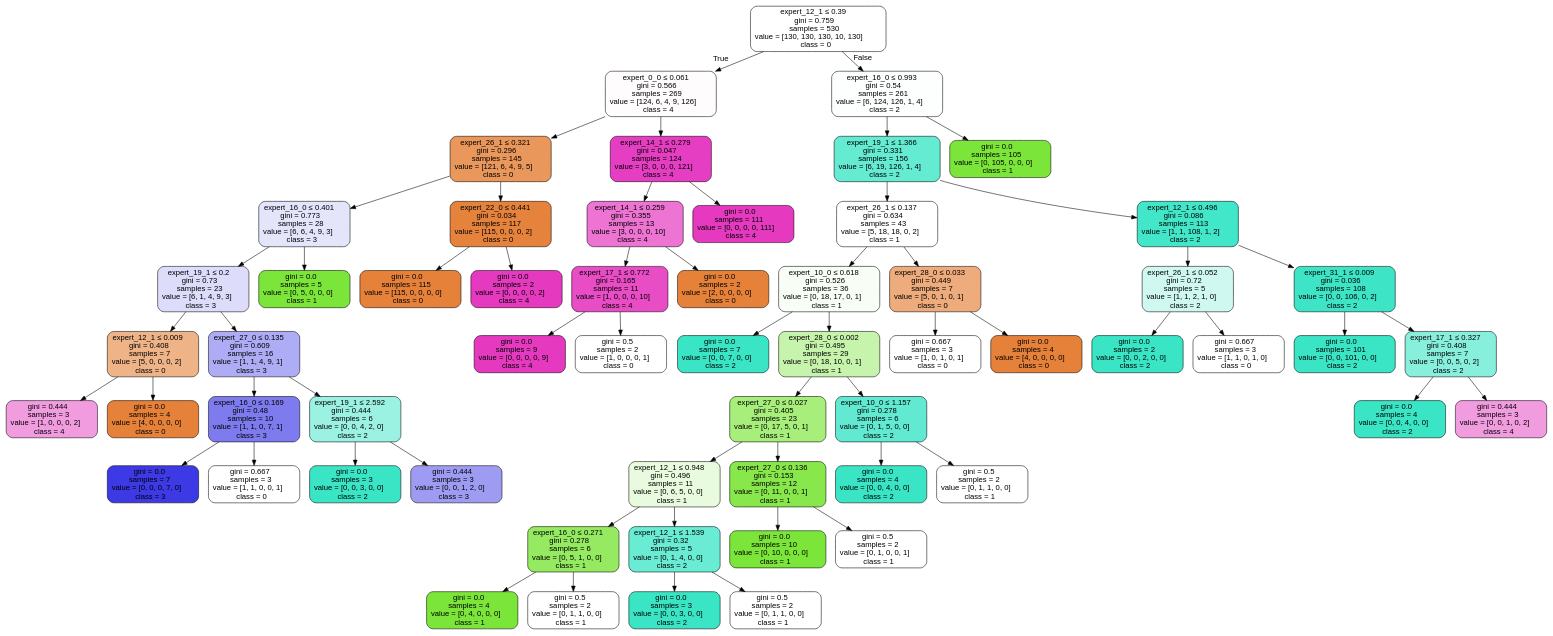
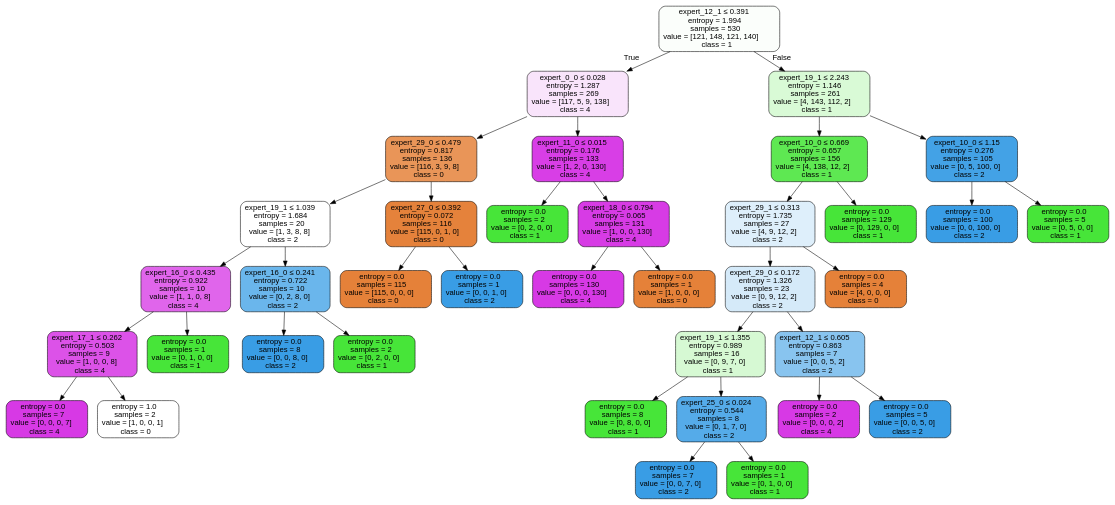
The diagram in result/suit/trees/tree.dot (Lingfeng555/CardsRecognition), drawn with Graphviz before and after one commit. The commit also changed 29 other files, not shown here.

```diff
--- a/result/suit/trees/tree.dot
+++ b/result/suit/trees/tree.dot
@@ -1,121 +1,77 @@
 digraph Tree {
 node [shape=box, style="filled, rounded", color="black", fontname="helvetica"] ;
 edge [fontname="helvetica"] ;
-0 [label=<expert_12_1 &le; 0.39<br/>gini = 0.759<br/>samples = 530<br/>value = [130, 130, 130, 10, 130]<br/>class = 0>, fillcolor="#ffffff"] ;
-1 [label=<expert_0_0 &le; 0.061<br/>gini = 0.566<br/>samples = 269<br/>value = [124, 6, 4, 9, 126]<br/>class = 4>, fillcolor="#fffcfe"] ;
+0 [label=<expert_12_1 &le; 0.391<br/>entropy = 1.994<br/>samples = 530<br/>value = [121, 148, 121, 140]<br/>class = 1>, fillcolor="#fbfefb"] ;
+1 [label=<expert_0_0 &le; 0.028<br/>entropy = 1.287<br/>samples = 269<br/>value = [117, 5, 9, 138]<br/>class = 4>, fillcolor="#f9e4fb"] ;
 0 -> 1 [labeldistance=2.5, labelangle=45, headlabel="True"] ;
-2 [label=<expert_26_1 &le; 0.321<br/>gini = 0.296<br/>samples = 145<br/>value = [121, 6, 4, 9, 5]<br/>class = 0>, fillcolor="#ea975c"] ;
+2 [label=<expert_29_0 &le; 0.479<br/>entropy = 0.817<br/>samples = 136<br/>value = [116, 3, 9, 8]<br/>class = 0>, fillcolor="#e99558"] ;
 1 -> 2 ;
-3 [label=<expert_16_0 &le; 0.401<br/>gini = 0.773<br/>samples = 28<br/>value = [6, 6, 4, 9, 3]<br/>class = 3>, fillcolor="#e4e4fb"] ;
+3 [label=<expert_19_1 &le; 1.039<br/>entropy = 1.684<br/>samples = 20<br/>value = [1, 3, 8, 8]<br/>class = 2>, fillcolor="#ffffff"] ;
 2 -> 3 ;
-4 [label=<expert_19_1 &le; 0.2<br/>gini = 0.73<br/>samples = 23<br/>value = [6, 1, 4, 9, 3]<br/>class = 3>, fillcolor="#dddcfa"] ;
+4 [label=<expert_16_0 &le; 0.435<br/>entropy = 0.922<br/>samples = 10<br/>value = [1, 1, 0, 8]<br/>class = 4>, fillcolor="#e065eb"] ;
 3 -> 4 ;
-5 [label=<expert_12_1 &le; 0.009<br/>gini = 0.408<br/>samples = 7<br/>value = [5, 0, 0, 0, 2]<br/>class = 0>, fillcolor="#efb388"] ;
+5 [label=<expert_17_1 &le; 0.262<br/>entropy = 0.503<br/>samples = 9<br/>value = [1, 0, 0, 8]<br/>class = 4>, fillcolor="#dc52e8"] ;
 4 -> 5 ;
-6 [label=<gini = 0.444<br/>samples = 3<br/>value = [1, 0, 0, 0, 2]<br/>class = 4>, fillcolor="#f29ce0"] ;
+6 [label=<entropy = 0.0<br/>samples = 7<br/>value = [0, 0, 0, 7]<br/>class = 4>, fillcolor="#d739e5"] ;
 5 -> 6 ;
-7 [label=<gini = 0.0<br/>samples = 4<br/>value = [4, 0, 0, 0, 0]<br/>class = 0>, fillcolor="#e58139"] ;
+7 [label=<entropy = 1.0<br/>samples = 2<br/>value = [1, 0, 0, 1]<br/>class = 0>, fillcolor="#ffffff"] ;
 5 -> 7 ;
-8 [label=<expert_27_0 &le; 0.135<br/>gini = 0.609<br/>samples = 16<br/>value = [1, 1, 4, 9, 1]<br/>class = 3>, fillcolor="#aeacf4"] ;
+8 [label=<entropy = 0.0<br/>samples = 1<br/>value = [0, 1, 0, 0]<br/>class = 1>, fillcolor="#47e539"] ;
 4 -> 8 ;
-9 [label=<expert_16_0 &le; 0.169<br/>gini = 0.48<br/>samples = 10<br/>value = [1, 1, 0, 7, 1]<br/>class = 3>, fillcolor="#7d7bee"] ;
-8 -> 9 ;
-10 [label=<gini = 0.0<br/>samples = 7<br/>value = [0, 0, 0, 7, 0]<br/>class = 3>, fillcolor="#3c39e5"] ;
+9 [label=<expert_16_0 &le; 0.241<br/>entropy = 0.722<br/>samples = 10<br/>value = [0, 2, 8, 0]<br/>class = 2>, fillcolor="#6ab6ec"] ;
+3 -> 9 ;
+10 [label=<entropy = 0.0<br/>samples = 8<br/>value = [0, 0, 8, 0]<br/>class = 2>, fillcolor="#399de5"] ;
 9 -> 10 ;
-11 [label=<gini = 0.667<br/>samples = 3<br/>value = [1, 1, 0, 0, 1]<br/>class = 0>, fillcolor="#ffffff"] ;
+11 [label=<entropy = 0.0<br/>samples = 2<br/>value = [0, 2, 0, 0]<br/>class = 1>, fillcolor="#47e539"] ;
 9 -> 11 ;
-12 [label=<expert_19_1 &le; 2.592<br/>gini = 0.444<br/>samples = 6<br/>value = [0, 0, 4, 2, 0]<br/>class = 2>, fillcolor="#9cf2e2"] ;
-8 -> 12 ;
-13 [label=<gini = 0.0<br/>samples = 3<br/>value = [0, 0, 3, 0, 0]<br/>class = 2>, fillcolor="#39e5c5"] ;
+12 [label=<expert_27_0 &le; 0.392<br/>entropy = 0.072<br/>samples = 116<br/>value = [115, 0, 1, 0]<br/>class = 0>, fillcolor="#e5823b"] ;
+2 -> 12 ;
+13 [label=<entropy = 0.0<br/>samples = 115<br/>value = [115, 0, 0, 0]<br/>class = 0>, fillcolor="#e58139"] ;
 12 -> 13 ;
-14 [label=<gini = 0.444<br/>samples = 3<br/>value = [0, 0, 1, 2, 0]<br/>class = 3>, fillcolor="#9e9cf2"] ;
+14 [label=<entropy = 0.0<br/>samples = 1<br/>value = [0, 0, 1, 0]<br/>class = 2>, fillcolor="#399de5"] ;
 12 -> 14 ;
-15 [label=<gini = 0.0<br/>samples = 5<br/>value = [0, 5, 0, 0, 0]<br/>class = 1>, fillcolor="#7be539"] ;
-3 -> 15 ;
-16 [label=<expert_22_0 &le; 0.441<br/>gini = 0.034<br/>samples = 117<br/>value = [115, 0, 0, 0, 2]<br/>class = 0>, fillcolor="#e5833c"] ;
-2 -> 16 ;
-17 [label=<gini = 0.0<br/>samples = 115<br/>value = [115, 0, 0, 0, 0]<br/>class = 0>, fillcolor="#e58139"] ;
-16 -> 17 ;
-18 [label=<gini = 0.0<br/>samples = 2<br/>value = [0, 0, 0, 0, 2]<br/>class = 4>, fillcolor="#e539c0"] ;
-16 -> 18 ;
-19 [label=<expert_14_1 &le; 0.279<br/>gini = 0.047<br/>samples = 124<br/>value = [3, 0, 0, 0, 121]<br/>class = 4>, fillcolor="#e63ec2"] ;
-1 -> 19 ;
-20 [label=<expert_14_1 &le; 0.259<br/>gini = 0.355<br/>samples = 13<br/>value = [3, 0, 0, 0, 10]<br/>class = 4>, fillcolor="#ed74d3"] ;
-19 -> 20 ;
-21 [label=<expert_17_1 &le; 0.772<br/>gini = 0.165<br/>samples = 11<br/>value = [1, 0, 0, 0, 10]<br/>class = 4>, fillcolor="#e84dc6"] ;
+15 [label=<expert_11_0 &le; 0.015<br/>entropy = 0.176<br/>samples = 133<br/>value = [1, 2, 0, 130]<br/>class = 4>, fillcolor="#d83ee6"] ;
+1 -> 15 ;
+16 [label=<entropy = 0.0<br/>samples = 2<br/>value = [0, 2, 0, 0]<br/>class = 1>, fillcolor="#47e539"] ;
+15 -> 16 ;
+17 [label=<expert_18_0 &le; 0.794<br/>entropy = 0.065<br/>samples = 131<br/>value = [1, 0, 0, 130]<br/>class = 4>, fillcolor="#d73be5"] ;
+15 -> 17 ;
+18 [label=<entropy = 0.0<br/>samples = 130<br/>value = [0, 0, 0, 130]<br/>class = 4>, fillcolor="#d739e5"] ;
+17 -> 18 ;
+19 [label=<entropy = 0.0<br/>samples = 1<br/>value = [1, 0, 0, 0]<br/>class = 0>, fillcolor="#e58139"] ;
+17 -> 19 ;
+20 [label=<expert_19_1 &le; 2.243<br/>entropy = 1.146<br/>samples = 261<br/>value = [4, 143, 112, 2]<br/>class = 1>, fillcolor="#d9fad6"] ;
+0 -> 20 [labeldistance=2.5, labelangle=-45, headlabel="False"] ;
+21 [label=<expert_10_0 &le; 0.669<br/>entropy = 0.657<br/>samples = 156<br/>value = [4, 138, 12, 2]<br/>class = 1>, fillcolor="#5ee852"] ;
 20 -> 21 ;
-22 [label=<gini = 0.0<br/>samples = 9<br/>value = [0, 0, 0, 0, 9]<br/>class = 4>, fillcolor="#e539c0"] ;
+22 [label=<expert_29_1 &le; 0.313<br/>entropy = 1.735<br/>samples = 27<br/>value = [4, 9, 12, 2]<br/>class = 2>, fillcolor="#deeffb"] ;
 21 -> 22 ;
-23 [label=<gini = 0.5<br/>samples = 2<br/>value = [1, 0, 0, 0, 1]<br/>class = 0>, fillcolor="#ffffff"] ;
-21 -> 23 ;
-24 [label=<gini = 0.0<br/>samples = 2<br/>value = [2, 0, 0, 0, 0]<br/>class = 0>, fillcolor="#e58139"] ;
-20 -> 24 ;
-25 [label=<gini = 0.0<br/>samples = 111<br/>value = [0, 0, 0, 0, 111]<br/>class = 4>, fillcolor="#e539c0"] ;
-19 -> 25 ;
-26 [label=<expert_16_0 &le; 0.993<br/>gini = 0.54<br/>samples = 261<br/>value = [6, 124, 126, 1, 4]<br/>class = 2>, fillcolor="#fcfffe"] ;
-0 -> 26 [labeldistance=2.5, labelangle=-45, headlabel="False"] ;
-27 [label=<expert_19_1 &le; 1.366<br/>gini = 0.331<br/>samples = 156<br/>value = [6, 19, 126, 1, 4]<br/>class = 2>, fillcolor="#64ebd2"] ;
+23 [label=<expert_29_0 &le; 0.172<br/>entropy = 1.326<br/>samples = 23<br/>value = [0, 9, 12, 2]<br/>class = 2>, fillcolor="#d5eaf9"] ;
+22 -> 23 ;
+24 [label=<expert_19_1 &le; 1.355<br/>entropy = 0.989<br/>samples = 16<br/>value = [0, 9, 7, 0]<br/>class = 1>, fillcolor="#d6f9d3"] ;
+23 -> 24 ;
+25 [label=<entropy = 0.0<br/>samples = 8<br/>value = [0, 8, 0, 0]<br/>class = 1>, fillcolor="#47e539"] ;
+24 -> 25 ;
+26 [label=<expert_25_0 &le; 0.024<br/>entropy = 0.544<br/>samples = 8<br/>value = [0, 1, 7, 0]<br/>class = 2>, fillcolor="#55abe9"] ;
+24 -> 26 ;
+27 [label=<entropy = 0.0<br/>samples = 7<br/>value = [0, 0, 7, 0]<br/>class = 2>, fillcolor="#399de5"] ;
 26 -> 27 ;
-28 [label=<expert_26_1 &le; 0.137<br/>gini = 0.634<br/>samples = 43<br/>value = [5, 18, 18, 0, 2]<br/>class = 1>, fillcolor="#ffffff"] ;
-27 -> 28 ;
-29 [label=<expert_10_0 &le; 0.618<br/>gini = 0.526<br/>samples = 36<br/>value = [0, 18, 17, 0, 1]<br/>class = 1>, fillcolor="#f8fef5"] ;
-28 -> 29 ;
-30 [label=<gini = 0.0<br/>samples = 7<br/>value = [0, 0, 7, 0, 0]<br/>class = 2>, fillcolor="#39e5c5"] ;
+28 [label=<entropy = 0.0<br/>samples = 1<br/>value = [0, 1, 0, 0]<br/>class = 1>, fillcolor="#47e539"] ;
+26 -> 28 ;
+29 [label=<expert_12_1 &le; 0.605<br/>entropy = 0.863<br/>samples = 7<br/>value = [0, 0, 5, 2]<br/>class = 2>, fillcolor="#88c4ef"] ;
+23 -> 29 ;
+30 [label=<entropy = 0.0<br/>samples = 2<br/>value = [0, 0, 0, 2]<br/>class = 4>, fillcolor="#d739e5"] ;
 29 -> 30 ;
-31 [label=<expert_28_0 &le; 0.002<br/>gini = 0.495<br/>samples = 29<br/>value = [0, 18, 10, 0, 1]<br/>class = 1>, fillcolor="#c7f4ac"] ;
+31 [label=<entropy = 0.0<br/>samples = 5<br/>value = [0, 0, 5, 0]<br/>class = 2>, fillcolor="#399de5"] ;
 29 -> 31 ;
-32 [label=<expert_27_0 &le; 0.027<br/>gini = 0.405<br/>samples = 23<br/>value = [0, 17, 5, 0, 1]<br/>class = 1>, fillcolor="#a7ee7b"] ;
-31 -> 32 ;
-33 [label=<expert_12_1 &le; 0.948<br/>gini = 0.496<br/>samples = 11<br/>value = [0, 6, 5, 0, 0]<br/>class = 1>, fillcolor="#e9fbde"] ;
-32 -> 33 ;
-34 [label=<expert_16_0 &le; 0.271<br/>gini = 0.278<br/>samples = 6<br/>value = [0, 5, 1, 0, 0]<br/>class = 1>, fillcolor="#95ea61"] ;
-33 -> 34 ;
-35 [label=<gini = 0.0<br/>samples = 4<br/>value = [0, 4, 0, 0, 0]<br/>class = 1>, fillcolor="#7be539"] ;
+32 [label=<entropy = 0.0<br/>samples = 4<br/>value = [4, 0, 0, 0]<br/>class = 0>, fillcolor="#e58139"] ;
+22 -> 32 ;
+33 [label=<entropy = 0.0<br/>samples = 129<br/>value = [0, 129, 0, 0]<br/>class = 1>, fillcolor="#47e539"] ;
+21 -> 33 ;
+34 [label=<expert_10_0 &le; 1.15<br/>entropy = 0.276<br/>samples = 105<br/>value = [0, 5, 100, 0]<br/>class = 2>, fillcolor="#43a2e6"] ;
+20 -> 34 ;
+35 [label=<entropy = 0.0<br/>samples = 100<br/>value = [0, 0, 100, 0]<br/>class = 2>, fillcolor="#399de5"] ;
 34 -> 35 ;
-36 [label=<gini = 0.5<br/>samples = 2<br/>value = [0, 1, 1, 0, 0]<br/>class = 1>, fillcolor="#ffffff"] ;
+36 [label=<entropy = 0.0<br/>samples = 5<br/>value = [0, 5, 0, 0]<br/>class = 1>, fillcolor="#47e539"] ;
 34 -> 36 ;
-37 [label=<expert_12_1 &le; 1.539<br/>gini = 0.32<br/>samples = 5<br/>value = [0, 1, 4, 0, 0]<br/>class = 2>, fillcolor="#6aecd4"] ;
-33 -> 37 ;
-38 [label=<gini = 0.0<br/>samples = 3<br/>value = [0, 0, 3, 0, 0]<br/>class = 2>, fillcolor="#39e5c5"] ;
-37 -> 38 ;
-39 [label=<gini = 0.5<br/>samples = 2<br/>value = [0, 1, 1, 0, 0]<br/>class = 1>, fillcolor="#ffffff"] ;
-37 -> 39 ;
-40 [label=<expert_27_0 &le; 0.136<br/>gini = 0.153<br/>samples = 12<br/>value = [0, 11, 0, 0, 1]<br/>class = 1>, fillcolor="#87e74b"] ;
-32 -> 40 ;
-41 [label=<gini = 0.0<br/>samples = 10<br/>value = [0, 10, 0, 0, 0]<br/>class = 1>, fillcolor="#7be539"] ;
-40 -> 41 ;
-42 [label=<gini = 0.5<br/>samples = 2<br/>value = [0, 1, 0, 0, 1]<br/>class = 1>, fillcolor="#ffffff"] ;
-40 -> 42 ;
-43 [label=<expert_10_0 &le; 1.157<br/>gini = 0.278<br/>samples = 6<br/>value = [0, 1, 5, 0, 0]<br/>class = 2>, fillcolor="#61ead1"] ;
-31 -> 43 ;
-44 [label=<gini = 0.0<br/>samples = 4<br/>value = [0, 0, 4, 0, 0]<br/>class = 2>, fillcolor="#39e5c5"] ;
-43 -> 44 ;
-45 [label=<gini = 0.5<br/>samples = 2<br/>value = [0, 1, 1, 0, 0]<br/>class = 1>, fillcolor="#ffffff"] ;
-43 -> 45 ;
-46 [label=<expert_28_0 &le; 0.033<br/>gini = 0.449<br/>samples = 7<br/>value = [5, 0, 1, 0, 1]<br/>class = 0>, fillcolor="#eeab7b"] ;
-28 -> 46 ;
-47 [label=<gini = 0.667<br/>samples = 3<br/>value = [1, 0, 1, 0, 1]<br/>class = 0>, fillcolor="#ffffff"] ;
-46 -> 47 ;
-48 [label=<gini = 0.0<br/>samples = 4<br/>value = [4, 0, 0, 0, 0]<br/>class = 0>, fillcolor="#e58139"] ;
-46 -> 48 ;
-49 [label=<expert_12_1 &le; 0.496<br/>gini = 0.086<br/>samples = 113<br/>value = [1, 1, 108, 1, 2]<br/>class = 2>, fillcolor="#42e6c8"] ;
-27 -> 49 ;
-50 [label=<expert_26_1 &le; 0.052<br/>gini = 0.72<br/>samples = 5<br/>value = [1, 1, 2, 1, 0]<br/>class = 2>, fillcolor="#cef8f0"] ;
-49 -> 50 ;
-51 [label=<gini = 0.0<br/>samples = 2<br/>value = [0, 0, 2, 0, 0]<br/>class = 2>, fillcolor="#39e5c5"] ;
-50 -> 51 ;
-52 [label=<gini = 0.667<br/>samples = 3<br/>value = [1, 1, 0, 1, 0]<br/>class = 0>, fillcolor="#ffffff"] ;
-50 -> 52 ;
-53 [label=<expert_31_1 &le; 0.009<br/>gini = 0.036<br/>samples = 108<br/>value = [0, 0, 106, 0, 2]<br/>class = 2>, fillcolor="#3de5c6"] ;
-49 -> 53 ;
-54 [label=<gini = 0.0<br/>samples = 101<br/>value = [0, 0, 101, 0, 0]<br/>class = 2>, fillcolor="#39e5c5"] ;
-53 -> 54 ;
-55 [label=<expert_17_1 &le; 0.327<br/>gini = 0.408<br/>samples = 7<br/>value = [0, 0, 5, 0, 2]<br/>class = 2>, fillcolor="#88efdc"] ;
-53 -> 55 ;
-56 [label=<gini = 0.0<br/>samples = 4<br/>value = [0, 0, 4, 0, 0]<br/>class = 2>, fillcolor="#39e5c5"] ;
-55 -> 56 ;
-57 [label=<gini = 0.444<br/>samples = 3<br/>value = [0, 0, 1, 0, 2]<br/>class = 4>, fillcolor="#f29ce0"] ;
-55 -> 57 ;
-58 [label=<gini = 0.0<br/>samples = 105<br/>value = [0, 105, 0, 0, 0]<br/>class = 1>, fillcolor="#7be539"] ;
-26 -> 58 ;
 }
```
